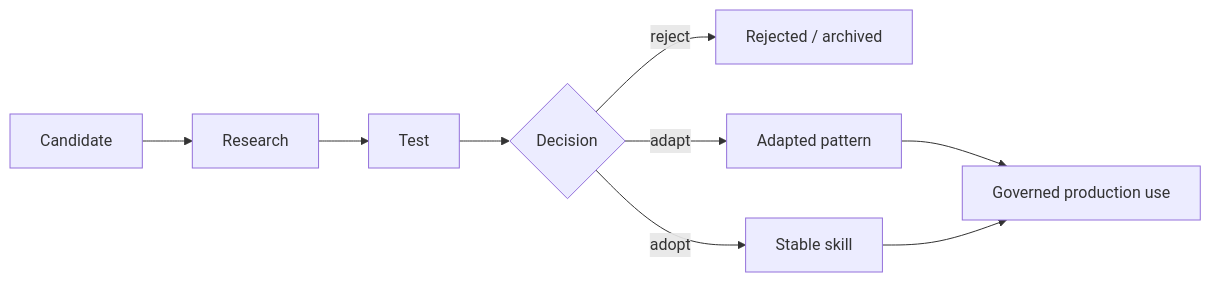
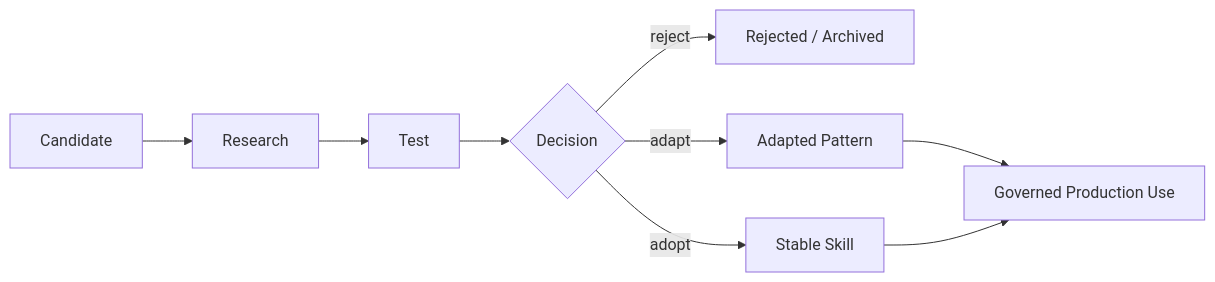
The second of 2 diagrams in docs/architecture/agent-skill-governance.md (sodahsu/ai-agent-architecture), drawn with Mermaid before and after one commit. The commit also changed other lines of this file, not shown here.

Commit message:
docs: 將 Agent Skill Governance 文件中文化

````diff
--- a/docs/architecture/agent-skill-governance.md
+++ b/docs/architecture/agent-skill-governance.md
@@ -157,11 +164,11 @@
 ```mermaid
 flowchart LR
     I[Candidate] --> R[Research]
     R --> T[Test]
     T --> D{Decision}
-    D -->|reject| X[Rejected / archived]
-    D -->|adapt| A[Adapted pattern]
-    D -->|adopt| S[Stable skill]
-    A --> G[Governed production use]
+    D -->|reject| X[Rejected / Archived]
+    D -->|adapt| A[Adapted Pattern]
+    D -->|adopt| S[Stable Skill]
+    A --> G[Governed Production Use]
     S --> G
 ```
````
